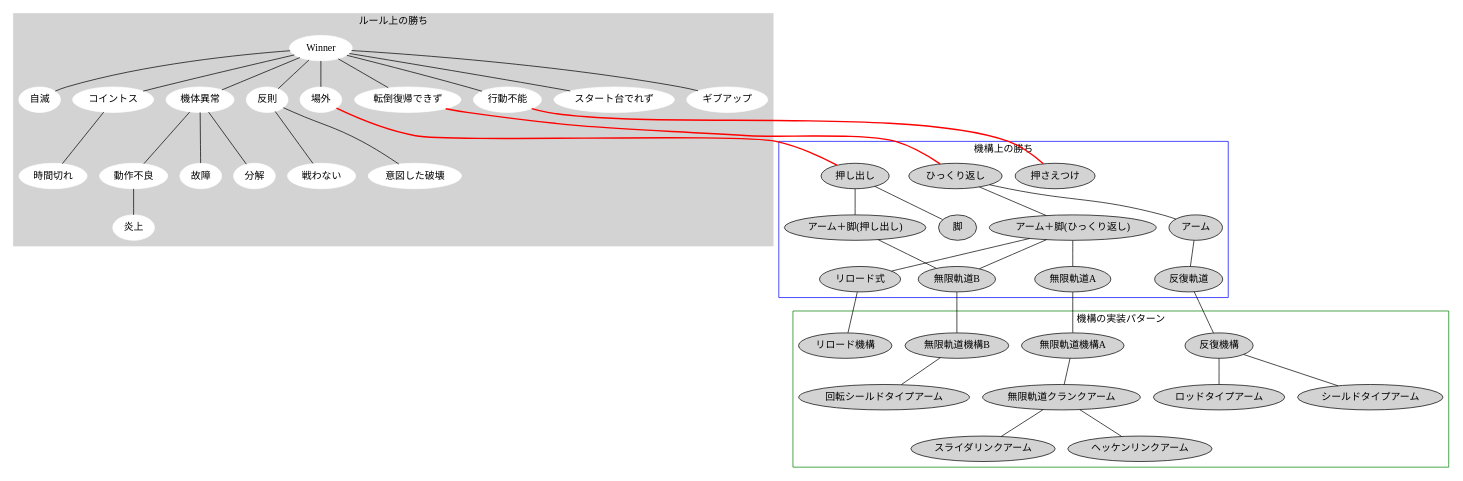
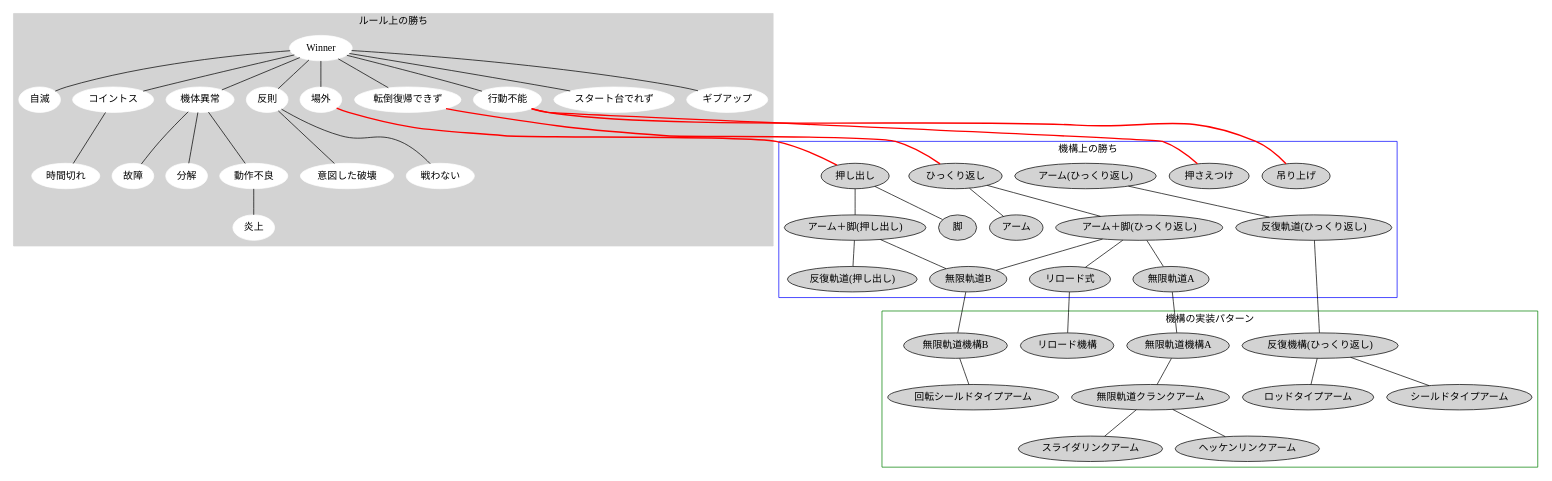
One commit to takarakasai/kawasaki-analyze changed the diagram in kasawaki-win-category.dot. Above: the diagram before and after it, drawn with Graphviz.

Commit message:
add juri/santny advice.

```diff
--- a/kasawaki-win-category.dot
+++ b/kasawaki-win-category.dot
@@ -1,64 +1,66 @@
 graph "Kawasaki-Robot-Win-Pattern" {
   subgraph "cluster_0" {
     style="filled";
     color="lightgrey";
     label="ルール上の勝ち";
     node[style="filled",color="white"];
     Winner -- 自滅;
     Winner -- 場外;
     Winner -- 転倒復帰できず;
     Winner -- コイントス;
     Winner -- 行動不能;
     Winner -- 機体異常;
     Winner -- 反則;
     Winner -- スタート台でれず;
     Winner -- ギブアップ;
     反則 -- 意図した破壊;
     反則 -- 戦わない;
     機体異常 -- 動作不良;
     機体異常 -- 故障;
     機体異常 -- 分解;
     動作不良 -- 炎上;
     コイントス -- 時間切れ;
   }
 
   subgraph "cluster_1" {
     color="blue";
     label="機構上の勝ち";
     node[style="filled"];
  
     転倒復帰できず -- ひっくり返し[color=red,style=bold,label="     "];
     場外 -- 押し出し[color=red,style=bold,label="     "];
     行動不能 -- 押さえつけ[color=red,style=bold,label="     "];
+    行動不能 -- 吊り上げ[color=red,style=bold,label="     "];
 
     押し出し     -- 脚
     押し出し     -- "アーム＋脚(押し出し)"
     ひっくり返し -- アーム
     ひっくり返し -- "アーム＋脚(ひっくり返し)"
 
     "アーム＋脚(ひっくり返し)" -- リロード式;
-    アーム                     -- 反復軌道;
+    "アーム(ひっくり返し)"     -- "反復軌道(ひっくり返し)";
     "アーム＋脚(ひっくり返し)" -- 無限軌道A;
     "アーム＋脚(ひっくり返し)" -- 無限軌道B;
     "アーム＋脚(押し出し)"     -- 無限軌道B;
+    "アーム＋脚(押し出し)"     -- "反復軌道(押し出し)";
   }
 
   subgraph "cluster_2" {
     color="green";
     label="機構の実装パターン";
     node[style="filled"];
 
-    リロード式  -- リロード機構;
-    反復軌道    -- 反復機構;
-    無限軌道A   -- 無限軌道機構A;
-    無限軌道B   -- 無限軌道機構B;
+    リロード式                  -- リロード機構;
+    "反復軌道(ひっくり返し)"    -- "反復機構(ひっくり返し)";
+    無限軌道A                   -- 無限軌道機構A;
+    無限軌道B                   -- 無限軌道機構B;
 
-    反復機構         -- ロッドタイプアーム;
-    反復機構         -- シールドタイプアーム;
-    無限軌道機構A    -- 無限軌道クランクアーム;
-    無限軌道機構B    -- 回転シールドタイプアーム;
+    "反復機構(ひっくり返し)"    -- ロッドタイプアーム;
+    "反復機構(ひっくり返し)"    -- シールドタイプアーム;
+    無限軌道機構A               -- 無限軌道クランクアーム;
+    無限軌道機構B               -- 回転シールドタイプアーム;
 
     無限軌道クランクアーム    -- スライダリンクアーム;
     無限軌道クランクアーム    -- ヘッケンリンクアーム;
   } 
 }
```
